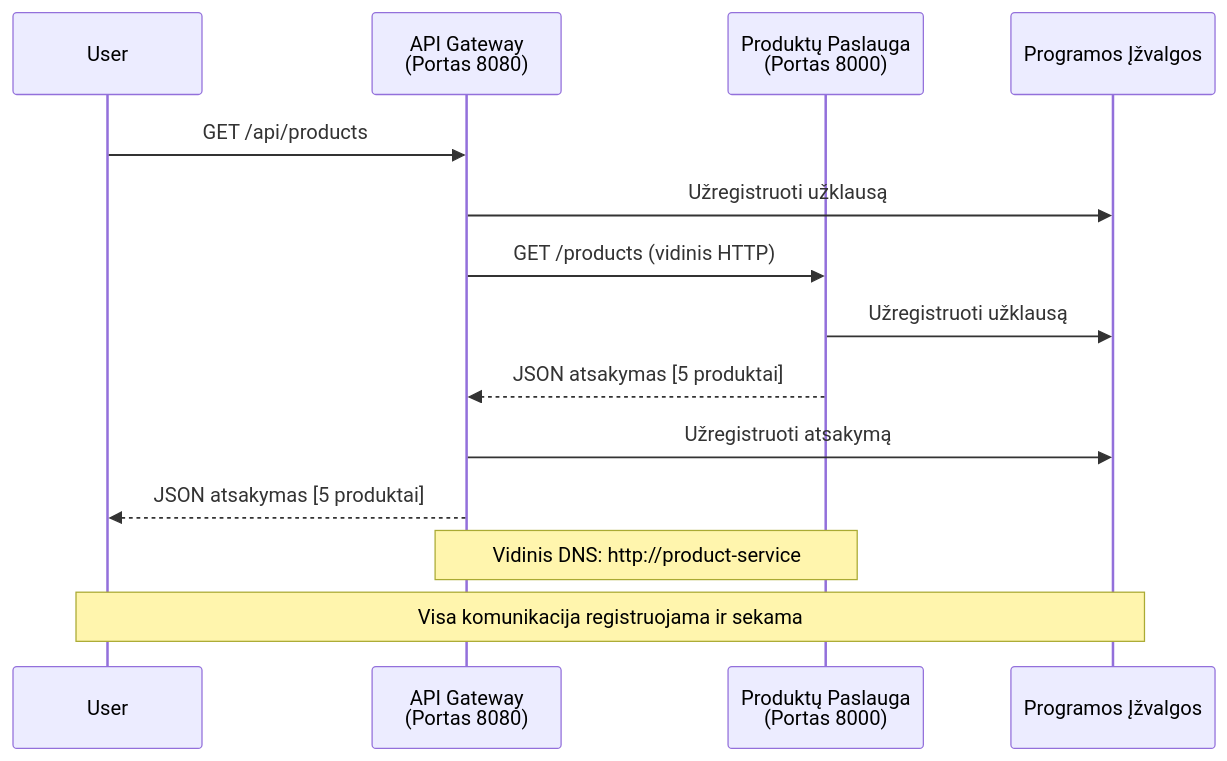
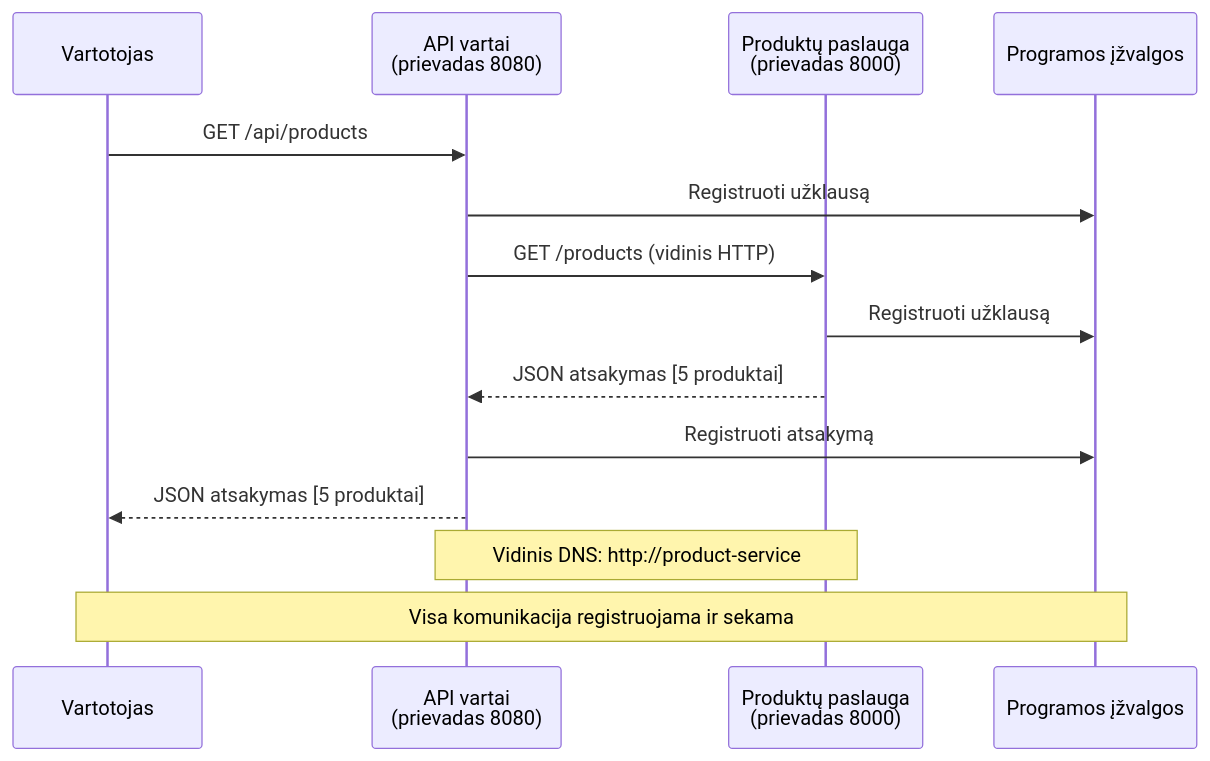
The fourth of 4 diagrams in translations/lt/examples/microservices/README.md (microsoft/AZD-for-beginners), drawn with Mermaid before and after one commit. The commit also changed other lines of this file and 242 other files, not shown here.

````diff
--- a/translations/lt/examples/microservices/README.md
+++ b/translations/lt/examples/microservices/README.md
@@ -432,18 +421,18 @@
 ```mermaid
 sequenceDiagram
-    participant User
-    participant Gateway as API Gateway<br/>(Portas 8080)
-    participant Product as Produktų Paslauga<br/>(Portas 8000)
-    participant AI as Programos Įžvalgos
+    participant User as Vartotojas
+    participant Gateway as API vartai<br/>(prievadas 8080)
+    participant Product as Produktų paslauga<br/>(prievadas 8000)
+    participant AI as Programos įžvalgos
     
     User->>Gateway: GET /api/products
-    Gateway->>AI: Užregistruoti užklausą
+    Gateway->>AI: Registruoti užklausą
     Gateway->>Product: GET /products (vidinis HTTP)
-    Product->>AI: Užregistruoti užklausą
+    Product->>AI: Registruoti užklausą
     Product-->>Gateway: JSON atsakymas [5 produktai]
-    Gateway->>AI: Užregistruoti atsakymą
+    Gateway->>AI: Registruoti atsakymą
     Gateway-->>User: JSON atsakymas [5 produktai]
     
     Note over Gateway,Product: Vidinis DNS: http://product-service
     Note over User,AI: Visa komunikacija registruojama ir sekama
 ```
````
